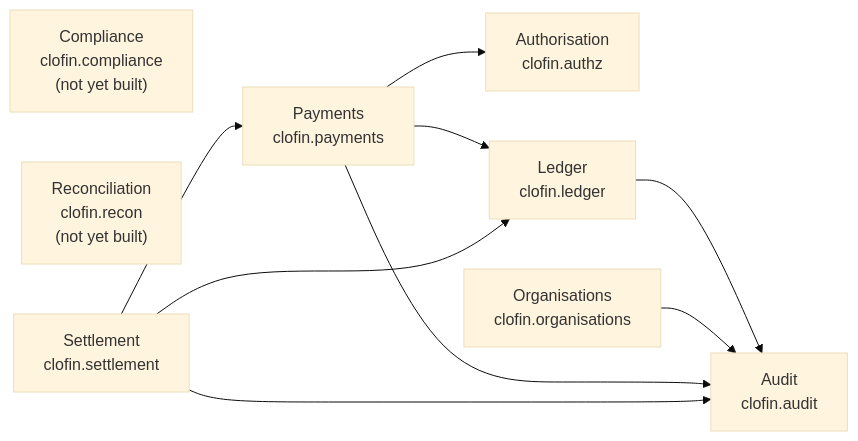
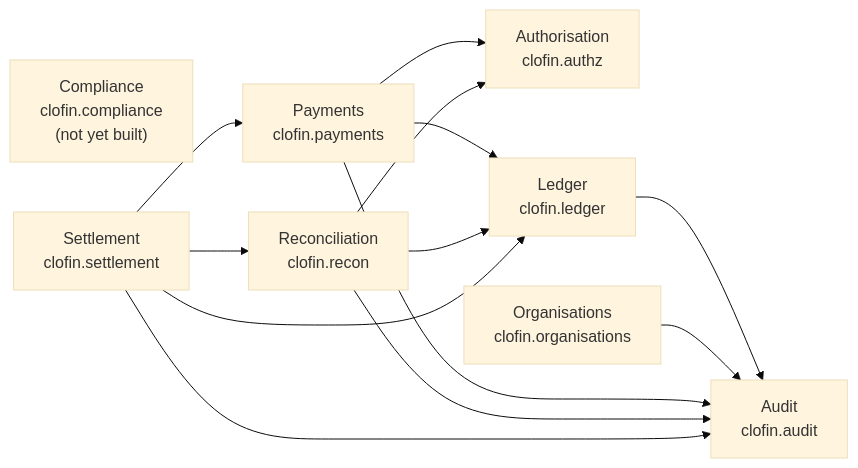
Before and after one commit to EchoJustus/clofin-core: the diagram in docs/diagrams/context-topology.md, drawn with Mermaid (base theme). The commit also changed 11 other files, not shown here.

First line of the commit message:
docs(recon): ADR-0023, control C-13, UAT-007, and a generated lifecycle diagram

````diff
--- a/docs/diagrams/context-topology.md
+++ b/docs/diagrams/context-topology.md
@@ -13,20 +13,24 @@
 ```mermaid
 flowchart LR
     clofin_audit["Audit<br/>clofin.audit"]
     clofin_authz["Authorisation<br/>clofin.authz"]
     clofin_compliance["Compliance<br/>clofin.compliance<br/>(not yet built)"]
     clofin_ledger["Ledger<br/>clofin.ledger"]
     clofin_organisations["Organisations<br/>clofin.organisations"]
     clofin_payments["Payments<br/>clofin.payments"]
-    clofin_recon["Reconciliation<br/>clofin.recon<br/>(not yet built)"]
+    clofin_recon["Reconciliation<br/>clofin.recon"]
     clofin_settlement["Settlement<br/>clofin.settlement"]
 
     clofin_ledger --> clofin_audit
     clofin_organisations --> clofin_audit
     clofin_payments --> clofin_audit
     clofin_payments --> clofin_authz
     clofin_payments --> clofin_ledger
+    clofin_recon --> clofin_audit
+    clofin_recon --> clofin_authz
+    clofin_recon --> clofin_ledger
     clofin_settlement --> clofin_audit
     clofin_settlement --> clofin_ledger
     clofin_settlement --> clofin_payments
+    clofin_settlement --> clofin_recon
 ```
````
